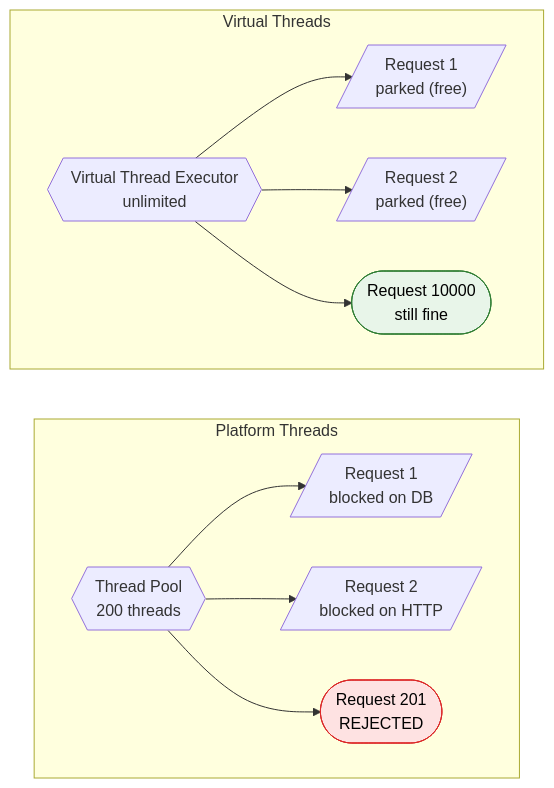
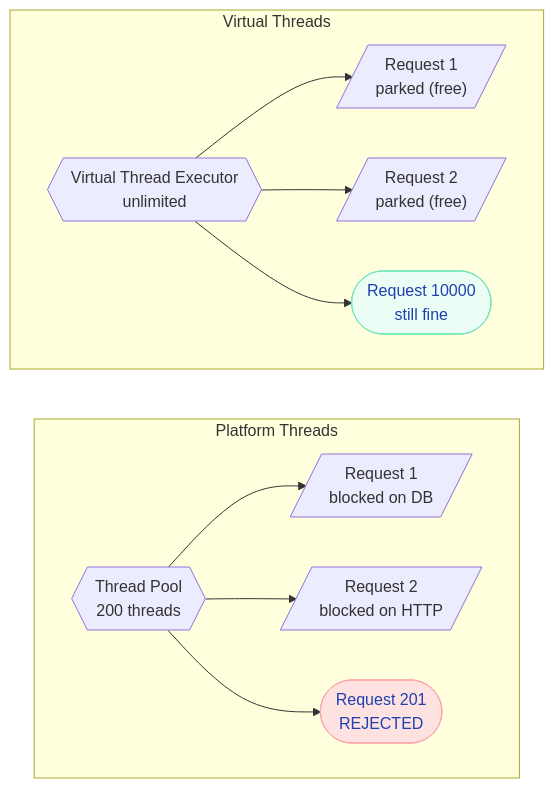
The fourth of 5 diagrams in docs/springboot/SpringBoot3.md (saivamsikaruturi/vamsilabs-dev-notes-main), drawn with Mermaid before and after one commit. The commit also changed other lines of this file and 220 other files, not shown here.

First line of the commit message:
Add 50+ new Java/Spring Boot pages, rewrite CSS code blocks to Oracle style, fix all diagram colors

````diff
--- a/docs/springboot/SpringBoot3.md
+++ b/docs/springboot/SpringBoot3.md
@@ -546,21 +546,21 @@
 ```mermaid
 flowchart LR
     subgraph Old["Platform Threads"]
         direction LR
         TP{{"Thread Pool\n200 threads"}}
         TP --> REQ1[/"Request 1\nblocked on DB"/]
         TP --> REQ2[/"Request 2\nblocked on HTTP"/]
         TP --> REQ3(["Request 201\nREJECTED"])
     end
 
     subgraph New["Virtual Threads"]
         direction LR
         VT{{"Virtual Thread Executor\nunlimited"}}
         VT --> VR1[/"Request 1\nparked (free)"/]
         VT --> VR2[/"Request 2\nparked (free)"/]
         VT --> VR3(["Request 10000\nstill fine"])
     end
 
-    style REQ3 fill:#FEE2E2,stroke:#DC2626,color:#000
-    style VR3 fill:#E8F5E9,stroke:#2E7D32,color:#000
+    style REQ3 fill:#FEE2E2,stroke:#FCA5A5,color:#1E40AF
+    style VR3 fill:#ECFDF5,stroke:#6EE7B7,color:#1E40AF
 ```
````
